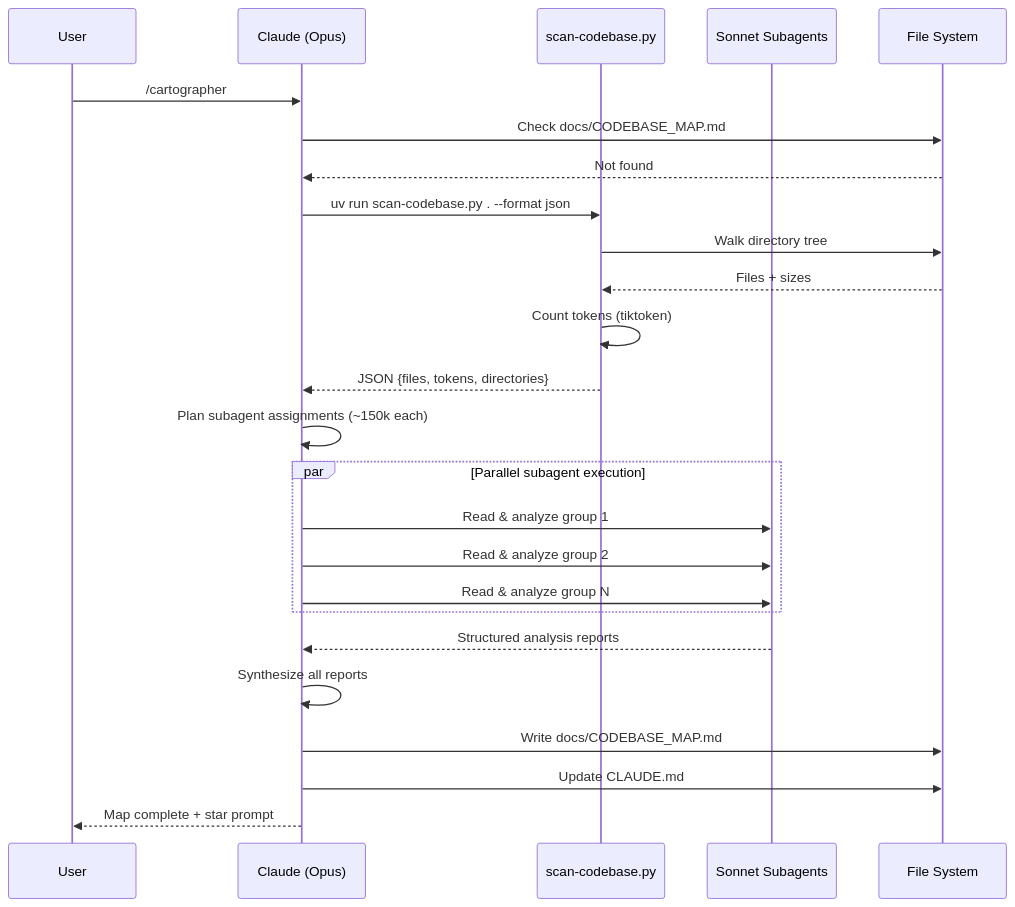
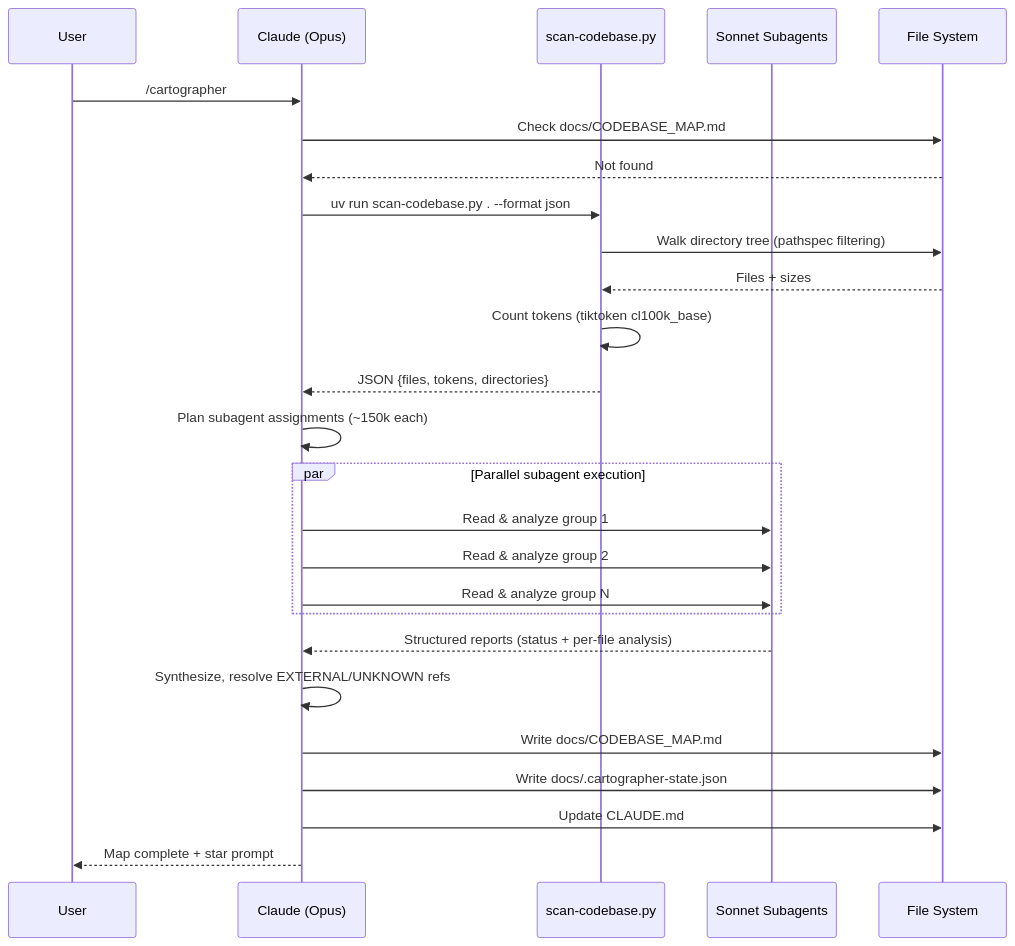
The second of 3 diagrams in docs/CODEBASE_MAP.md (yelban/cartographer), drawn with Mermaid before and after one commit. The commit also changed other lines of this file and 7 other files, not shown here.

````diff
--- a/docs/CODEBASE_MAP.md
+++ b/docs/CODEBASE_MAP.md
@@ -152,33 +231,34 @@
 ```mermaid
 sequenceDiagram
     participant User
     participant Claude as Claude (Opus)
     participant Scanner as scan-codebase.py
     participant Sonnet as Sonnet Subagents
     participant FS as File System
 
     User->>Claude: /cartographer
     Claude->>FS: Check docs/CODEBASE_MAP.md
     FS-->>Claude: Not found
 
     Claude->>Scanner: uv run scan-codebase.py . --format json
-    Scanner->>FS: Walk directory tree
+    Scanner->>FS: Walk directory tree (pathspec filtering)
     FS-->>Scanner: Files + sizes
-    Scanner->>Scanner: Count tokens (tiktoken)
+    Scanner->>Scanner: Count tokens (tiktoken cl100k_base)
     Scanner-->>Claude: JSON {files, tokens, directories}
 
     Claude->>Claude: Plan subagent assignments (~150k each)
 
     par Parallel subagent execution
         Claude->>Sonnet: Read & analyze group 1
         Claude->>Sonnet: Read & analyze group 2
         Claude->>Sonnet: Read & analyze group N
     end
 
-    Sonnet-->>Claude: Structured analysis reports
+    Sonnet-->>Claude: Structured reports (status + per-file analysis)
 
-    Claude->>Claude: Synthesize all reports
+    Claude->>Claude: Synthesize, resolve EXTERNAL/UNKNOWN refs
     Claude->>FS: Write docs/CODEBASE_MAP.md
+    Claude->>FS: Write docs/.cartographer-state.json
     Claude->>FS: Update CLAUDE.md
     Claude-->>User: Map complete + star prompt
 ```
````
